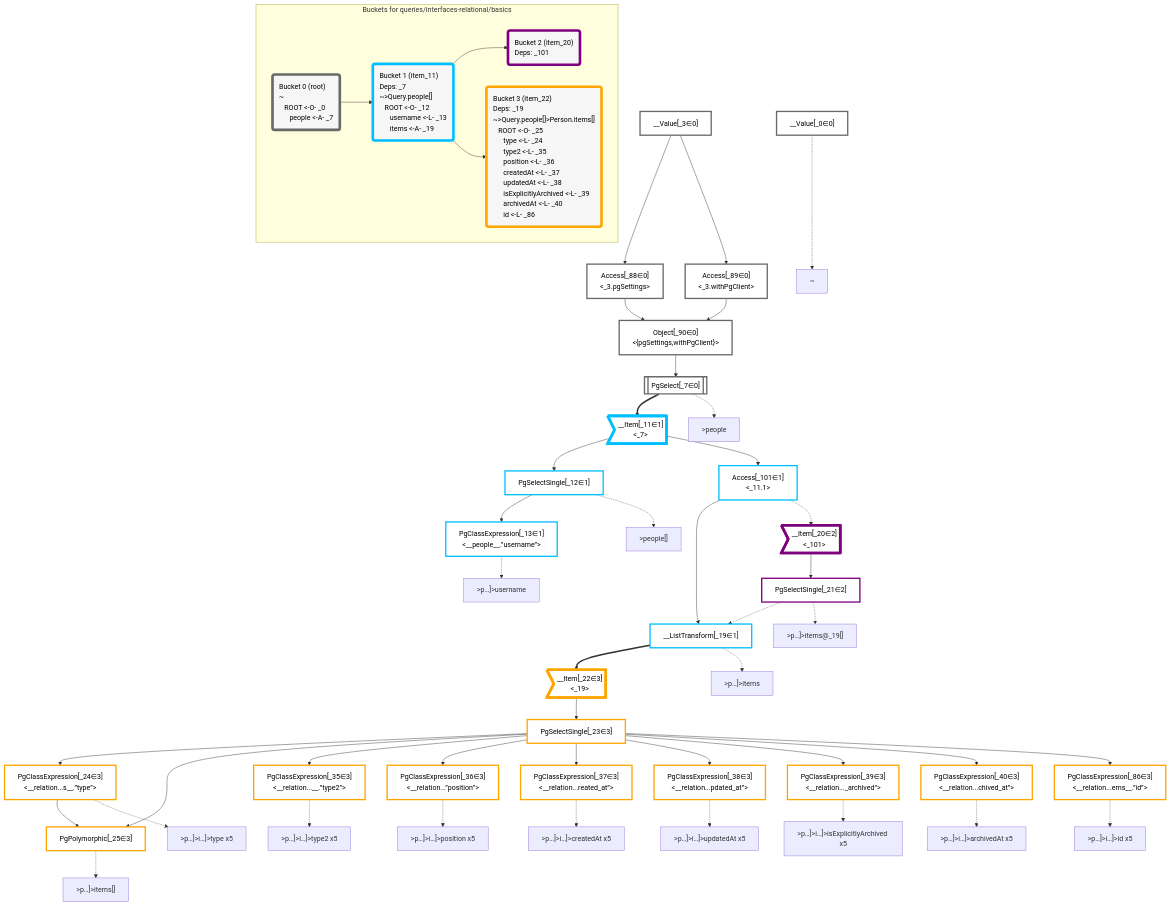
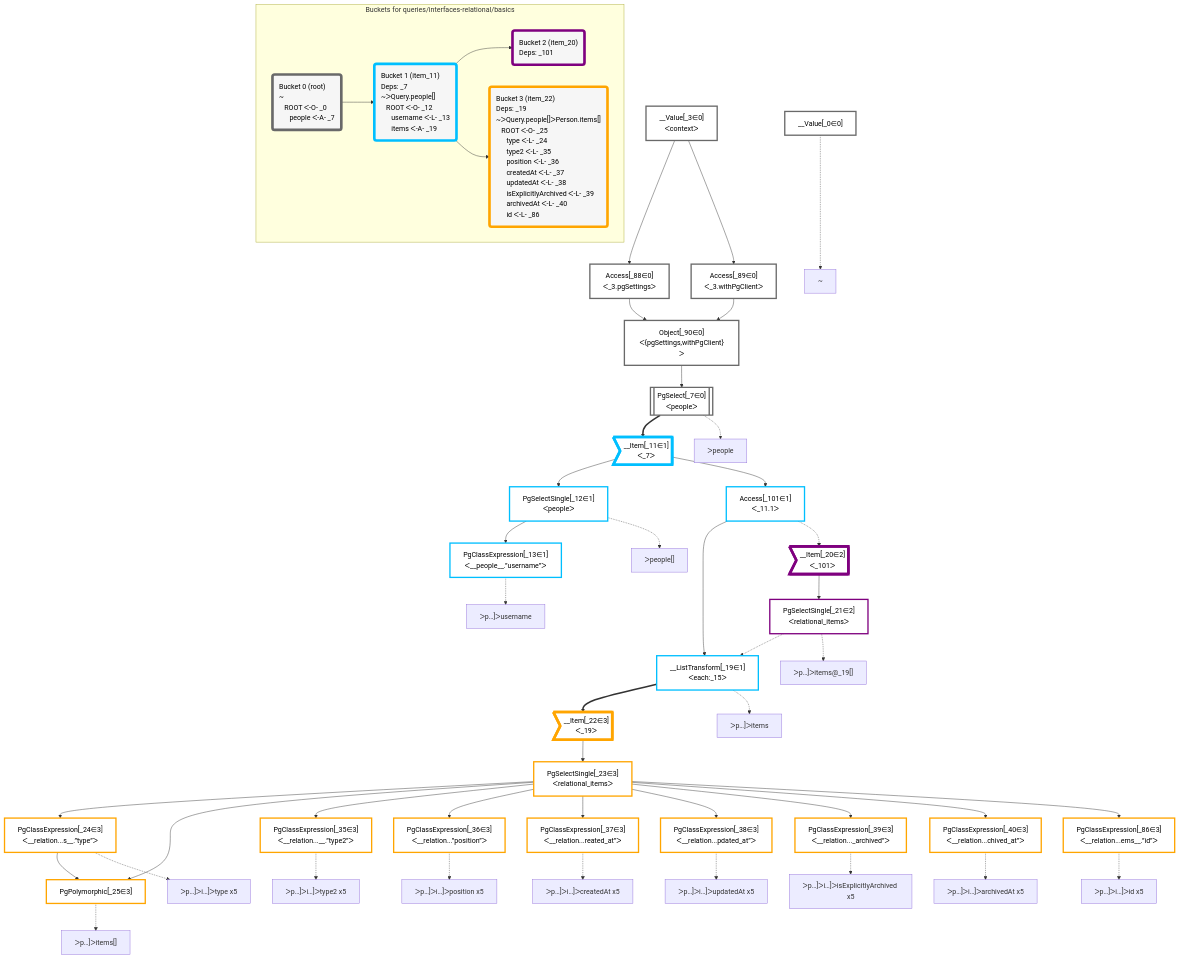
One commit to graphile/crystal changed the diagram in packages/dataplan-pg/__tests__/queries/interfaces-relational/basics.mermaid.md. Above: the diagram before and after it, drawn with Mermaid. The commit also changed 195 other files, not shown here.

```diff
--- a/packages/dataplan-pg/__tests__/queries/interfaces-relational/basics.mermaid.md
+++ b/packages/dataplan-pg/__tests__/queries/interfaces-relational/basics.mermaid.md
@@ -9,29 +9,29 @@
 
     %% define plans
     __Value_0["__Value[_0∈0]"]:::plan
-    __Value_3["__Value[_3∈0]<br /><context>"]:::plan
-    PgSelect_7[["PgSelect[_7∈0]<br /><people>"]]:::plan
-    __Item_11>"__Item[_11∈1]<br /><_7>"]:::itemplan
-    PgSelectSingle_12["PgSelectSingle[_12∈1]<br /><people>"]:::plan
-    PgClassExpression_13["PgClassExpression[_13∈1]<br /><__people__.”username”>"]:::plan
-    __ListTransform_19["__ListTransform[_19∈1]<br /><each:_15>"]:::plan
-    __Item_20>"__Item[_20∈2]<br /><_101>"]:::itemplan
-    PgSelectSingle_21["PgSelectSingle[_21∈2]<br /><relational_items>"]:::plan
-    __Item_22>"__Item[_22∈3]<br /><_19>"]:::itemplan
-    PgSelectSingle_23["PgSelectSingle[_23∈3]<br /><relational_items>"]:::plan
-    PgClassExpression_24["PgClassExpression[_24∈3]<br /><__relation...s__.”type”>"]:::plan
+    __Value_3["__Value[_3∈0]<br />ᐸcontextᐳ"]:::plan
+    PgSelect_7[["PgSelect[_7∈0]<br />ᐸpeopleᐳ"]]:::plan
+    __Item_11>"__Item[_11∈1]<br />ᐸ_7ᐳ"]:::itemplan
+    PgSelectSingle_12["PgSelectSingle[_12∈1]<br />ᐸpeopleᐳ"]:::plan
+    PgClassExpression_13["PgClassExpression[_13∈1]<br />ᐸ__people__.”username”ᐳ"]:::plan
+    __ListTransform_19["__ListTransform[_19∈1]<br />ᐸeach:_15ᐳ"]:::plan
+    __Item_20>"__Item[_20∈2]<br />ᐸ_101ᐳ"]:::itemplan
+    PgSelectSingle_21["PgSelectSingle[_21∈2]<br />ᐸrelational_itemsᐳ"]:::plan
+    __Item_22>"__Item[_22∈3]<br />ᐸ_19ᐳ"]:::itemplan
+    PgSelectSingle_23["PgSelectSingle[_23∈3]<br />ᐸrelational_itemsᐳ"]:::plan
+    PgClassExpression_24["PgClassExpression[_24∈3]<br />ᐸ__relation...s__.”type”ᐳ"]:::plan
     PgPolymorphic_25["PgPolymorphic[_25∈3]"]:::plan
-    PgClassExpression_35["PgClassExpression[_35∈3]<br /><__relation...__.”type2”>"]:::plan
-    PgClassExpression_36["PgClassExpression[_36∈3]<br /><__relation...”position”>"]:::plan
-    PgClassExpression_37["PgClassExpression[_37∈3]<br /><__relation...reated_at”>"]:::plan
-    PgClassExpression_38["PgClassExpression[_38∈3]<br /><__relation...pdated_at”>"]:::plan
-    PgClassExpression_39["PgClassExpression[_39∈3]<br /><__relation..._archived”>"]:::plan
-    PgClassExpression_40["PgClassExpression[_40∈3]<br /><__relation...chived_at”>"]:::plan
-    PgClassExpression_86["PgClassExpression[_86∈3]<br /><__relation...ems__.”id”>"]:::plan
-    Access_88["Access[_88∈0]<br /><_3.pgSettings>"]:::plan
-    Access_89["Access[_89∈0]<br /><_3.withPgClient>"]:::plan
-    Object_90["Object[_90∈0]<br /><{pgSettings,withPgClient}>"]:::plan
-    Access_101["Access[_101∈1]<br /><_11.1>"]:::plan
+    PgClassExpression_35["PgClassExpression[_35∈3]<br />ᐸ__relation...__.”type2”ᐳ"]:::plan
+    PgClassExpression_36["PgClassExpression[_36∈3]<br />ᐸ__relation...”position”ᐳ"]:::plan
+    PgClassExpression_37["PgClassExpression[_37∈3]<br />ᐸ__relation...reated_at”ᐳ"]:::plan
+    PgClassExpression_38["PgClassExpression[_38∈3]<br />ᐸ__relation...pdated_at”ᐳ"]:::plan
+    PgClassExpression_39["PgClassExpression[_39∈3]<br />ᐸ__relation..._archived”ᐳ"]:::plan
+    PgClassExpression_40["PgClassExpression[_40∈3]<br />ᐸ__relation...chived_at”ᐳ"]:::plan
+    PgClassExpression_86["PgClassExpression[_86∈3]<br />ᐸ__relation...ems__.”id”ᐳ"]:::plan
+    Access_88["Access[_88∈0]<br />ᐸ_3.pgSettingsᐳ"]:::plan
+    Access_89["Access[_89∈0]<br />ᐸ_3.withPgClientᐳ"]:::plan
+    Object_90["Object[_90∈0]<br />ᐸ{pgSettings,withPgClient}ᐳ"]:::plan
+    Access_101["Access[_101∈1]<br />ᐸ_11.1ᐳ"]:::plan
 
     %% plan dependencies
     Object_90 --> PgSelect_7
@@ -63,33 +63,33 @@
     %% plan-to-path relationships
     P_0["~"]
     __Value_0 -.-> P_0
-    P_7[">people"]
+    P_7["ᐳpeople"]
     PgSelect_7 -.-> P_7
-    P_12[">people[]"]
+    P_12["ᐳpeople[]"]
     PgSelectSingle_12 -.-> P_12
-    P_13[">p…]>username"]
+    P_13["ᐳp…]ᐳusername"]
     PgClassExpression_13 -.-> P_13
-    P_19[">p…]>items"]
+    P_19["ᐳp…]ᐳitems"]
     __ListTransform_19 -.-> P_19
-    P_21[">p…]>items@_19[]"]
+    P_21["ᐳp…]ᐳitems@_19[]"]
     PgSelectSingle_21 -.-> P_21
-    P_24[">p…]>i…]>type x5"]
+    P_24["ᐳp…]ᐳi…]ᐳtype x5"]
     PgClassExpression_24 -.-> P_24
-    P_25[">p…]>items[]"]
+    P_25["ᐳp…]ᐳitems[]"]
     PgPolymorphic_25 -.-> P_25
-    P_35[">p…]>i…]>type2 x5"]
+    P_35["ᐳp…]ᐳi…]ᐳtype2 x5"]
     PgClassExpression_35 -.-> P_35
-    P_36[">p…]>i…]>position x5"]
+    P_36["ᐳp…]ᐳi…]ᐳposition x5"]
     PgClassExpression_36 -.-> P_36
-    P_37[">p…]>i…]>createdAt x5"]
+    P_37["ᐳp…]ᐳi…]ᐳcreatedAt x5"]
     PgClassExpression_37 -.-> P_37
-    P_38[">p…]>i…]>updatedAt x5"]
+    P_38["ᐳp…]ᐳi…]ᐳupdatedAt x5"]
     PgClassExpression_38 -.-> P_38
-    P_39[">p…]>i…]>isExplicitlyArchived x5"]
+    P_39["ᐳp…]ᐳi…]ᐳisExplicitlyArchived x5"]
     PgClassExpression_39 -.-> P_39
-    P_40[">p…]>i…]>archivedAt x5"]
+    P_40["ᐳp…]ᐳi…]ᐳarchivedAt x5"]
     PgClassExpression_40 -.-> P_40
-    P_86[">p…]>i…]>id x5"]
+    P_86["ᐳp…]ᐳi…]ᐳid x5"]
     PgClassExpression_86 -.-> P_86
 
     %% allocate buckets
@@ -103,15 +103,15 @@
     class __Item_22,PgSelectSingle_23,PgClassExpression_24,PgPolymorphic_25,PgClassExpression_35,PgClassExpression_36,PgClassExpression_37,PgClassExpression_38,PgClassExpression_39,PgClassExpression_40,PgClassExpression_86 bucket3
 
     subgraph "Buckets for queries/interfaces-relational/basics"
-    Bucket0("Bucket 0 (root)<br />~<br />⠀ROOT <-O- _0<br />⠀⠀people <-A- _7"):::bucket
+    Bucket0("Bucket 0 (root)<br />~<br />⠀ROOT ᐸ-O- _0<br />⠀⠀people ᐸ-A- _7"):::bucket
     style Bucket0 stroke:#696969
-    Bucket1("Bucket 1 (item_11)<br />Deps: _7<br />~>Query.people[]<br />⠀ROOT <-O- _12<br />⠀⠀username <-L- _13<br />⠀⠀items <-A- _19"):::bucket
+    Bucket1("Bucket 1 (item_11)<br />Deps: _7<br />~ᐳQuery.people[]<br />⠀ROOT ᐸ-O- _12<br />⠀⠀username ᐸ-L- _13<br />⠀⠀items ᐸ-A- _19"):::bucket
     style Bucket1 stroke:#00bfff
     Bucket0 --> Bucket1
     Bucket2("Bucket 2 (item_20)<br />Deps: _101"):::bucket
     style Bucket2 stroke:#7f007f
     Bucket1 --> Bucket2
-    Bucket3("Bucket 3 (item_22)<br />Deps: _19<br />~>Query.people[]>Person.items[]<br />⠀ROOT <-O- _25<br />⠀⠀type <-L- _24<br />⠀⠀type2 <-L- _35<br />⠀⠀position <-L- _36<br />⠀⠀createdAt <-L- _37<br />⠀⠀updatedAt <-L- _38<br />⠀⠀isExplicitlyArchived <-L- _39<br />⠀⠀archivedAt <-L- _40<br />⠀⠀id <-L- _86"):::bucket
+    Bucket3("Bucket 3 (item_22)<br />Deps: _19<br />~ᐳQuery.people[]ᐳPerson.items[]<br />⠀ROOT ᐸ-O- _25<br />⠀⠀type ᐸ-L- _24<br />⠀⠀type2 ᐸ-L- _35<br />⠀⠀position ᐸ-L- _36<br />⠀⠀createdAt ᐸ-L- _37<br />⠀⠀updatedAt ᐸ-L- _38<br />⠀⠀isExplicitlyArchived ᐸ-L- _39<br />⠀⠀archivedAt ᐸ-L- _40<br />⠀⠀id ᐸ-L- _86"):::bucket
     style Bucket3 stroke:#ffa500
     Bucket1 --> Bucket3
     end
```
